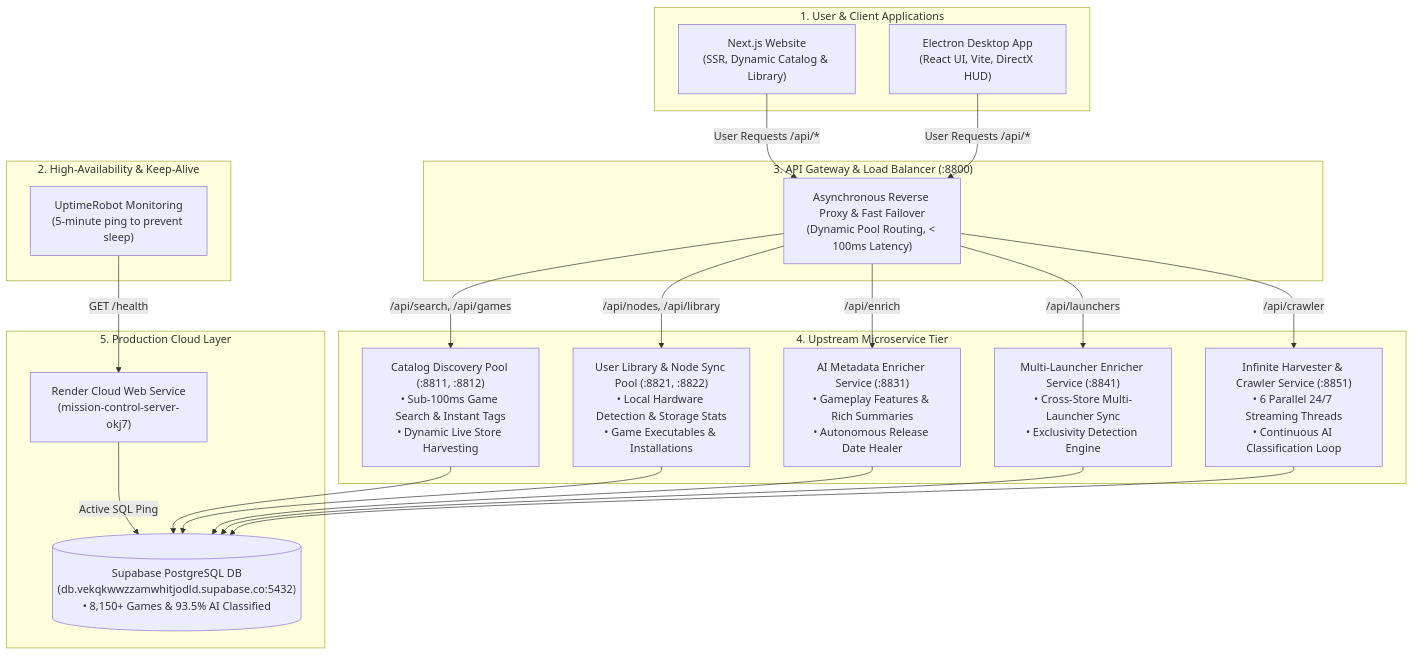
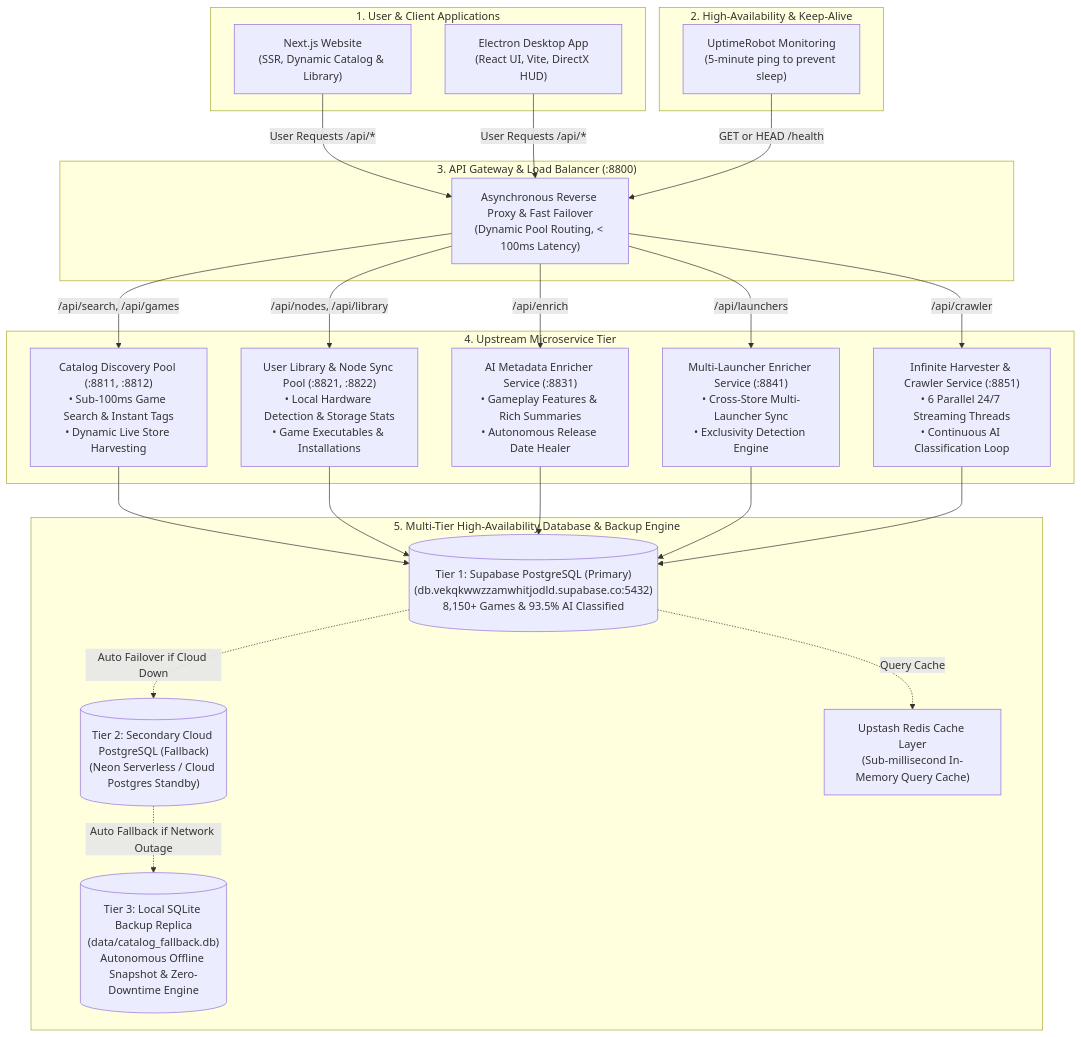
Before and after one commit to arnab825/Mission-Control: the diagram in Gaming/docs/MAJOR_CHANGES.md, drawn with Mermaid. The commit also changed other lines of this file and 1 other file, not shown here.

Commit message:
docs: document the mission control distributed architecture, microservice pool structure, and system-wide resiliency upgrades

````diff
--- a/Gaming/docs/MAJOR_CHANGES.md
+++ b/Gaming/docs/MAJOR_CHANGES.md
@@ -9,38 +9,42 @@
 ```mermaid
 flowchart TD
     subgraph Clients [" 1. User & Client Applications"]
         W[" Next.js Website\n(SSR, Dynamic Catalog & Library)"]
         D[" Electron Desktop App\n(React UI, Vite, DirectX HUD)"]
     end
 
     subgraph Monitoring [" 2. High-Availability & Keep-Alive"]
         UR[" UptimeRobot Monitoring\n(5-minute ping to prevent sleep)"]
     end
 
     subgraph LoadBalancer [" 3. API Gateway & Load Balancer (:8800)"]
         LB["Asynchronous Reverse Proxy & Fast Failover\n(Dynamic Pool Routing, < 100ms Latency)"]
     end
 
     subgraph MicroservicePools [" 4. Upstream Microservice Tier"]
         P1[" Catalog Discovery Pool (:8811, :8812)\n• Sub-100ms Game Search & Instant Tags\n• Dynamic Live Store Harvesting"]
         P2[" User Library & Node Sync Pool (:8821, :8822)\n• Local Hardware Detection & Storage Stats\n• Game Executables & Installations"]
         P3[" AI Metadata Enricher Service (:8831)\n• Gameplay Features & Rich Summaries\n• Autonomous Release Date Healer"]
         P4[" Multi-Launcher Enricher Service (:8841)\n• Cross-Store Multi-Launcher Sync\n• Exclusivity Detection Engine"]
         P5[" Infinite Harvester & Crawler Service (:8851)\n• 6 Parallel 24/7 Streaming Threads\n• Continuous AI Classification Loop"]
     end
 
-    subgraph CloudDatabase [" 5. Production Cloud Layer"]
-        R["Render Cloud Web Service\n(mission-control-server-okj7)"]
-        S[("Supabase PostgreSQL DB\n(db.vekqkwwzzamwhitjodld.supabase.co:5432)\n• 8,150+ Games & 93.5% AI Classified")]
+    subgraph DatabaseTier [" 5. Multi-Tier High-Availability Database & Backup Engine"]
+        T1[(" Tier 1: Supabase PostgreSQL (Primary)\n(db.vekqkwwzzamwhitjodld.supabase.co:5432)\n8,150+ Games & 93.5% AI Classified")]
+        T2[(" Tier 2: Secondary Cloud PostgreSQL (Fallback)\n(Neon Serverless / Cloud Postgres Standby)")]
+        T3[(" Tier 3: Local SQLite Backup Replica\n(data/catalog_fallback.db)\nAutonomous Offline Snapshot & Zero-Downtime Engine")]
+        R[" Upstash Redis Cache Layer\n(Sub-millisecond In-Memory Query Cache)"]
     end
 
     W & D -->|User Requests /api/*| LB
-    UR -->|GET /health| R
-    R -->|Active SQL Ping| S
+    UR -->|GET or HEAD /health| LB
     LB -->|/api/search, /api/games| P1
     LB -->|/api/nodes, /api/library| P2
     LB -->|/api/enrich| P3
     LB -->|/api/launchers| P4
     LB -->|/api/crawler| P5
-    P1 & P2 & P3 & P4 & P5 --> S
+    P1 & P2 & P3 & P4 & P5 --> T1
+    T1 -.->|Auto Failover if Cloud Down| T2
+    T2 -.->|Auto Fallback if Network Outage| T3
+    T1 -.->|Query Cache| R
 ```
````
